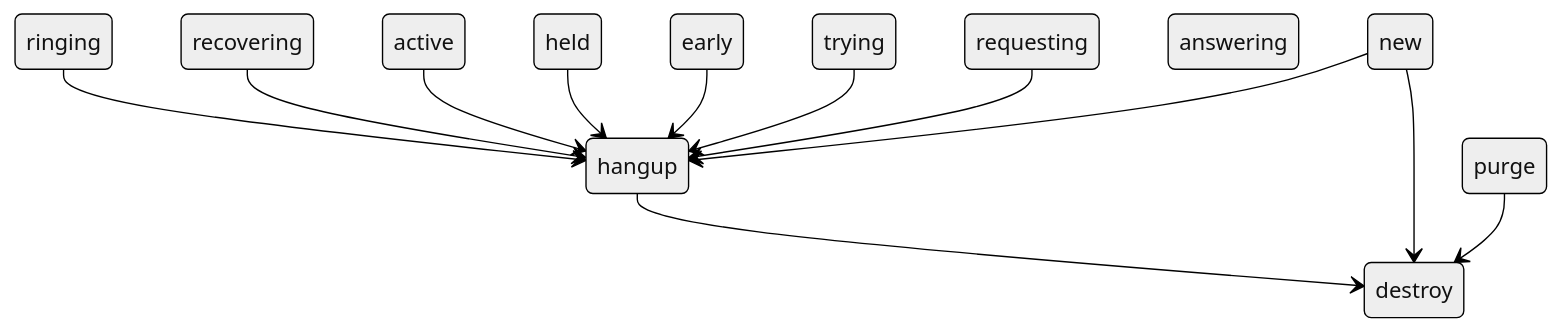
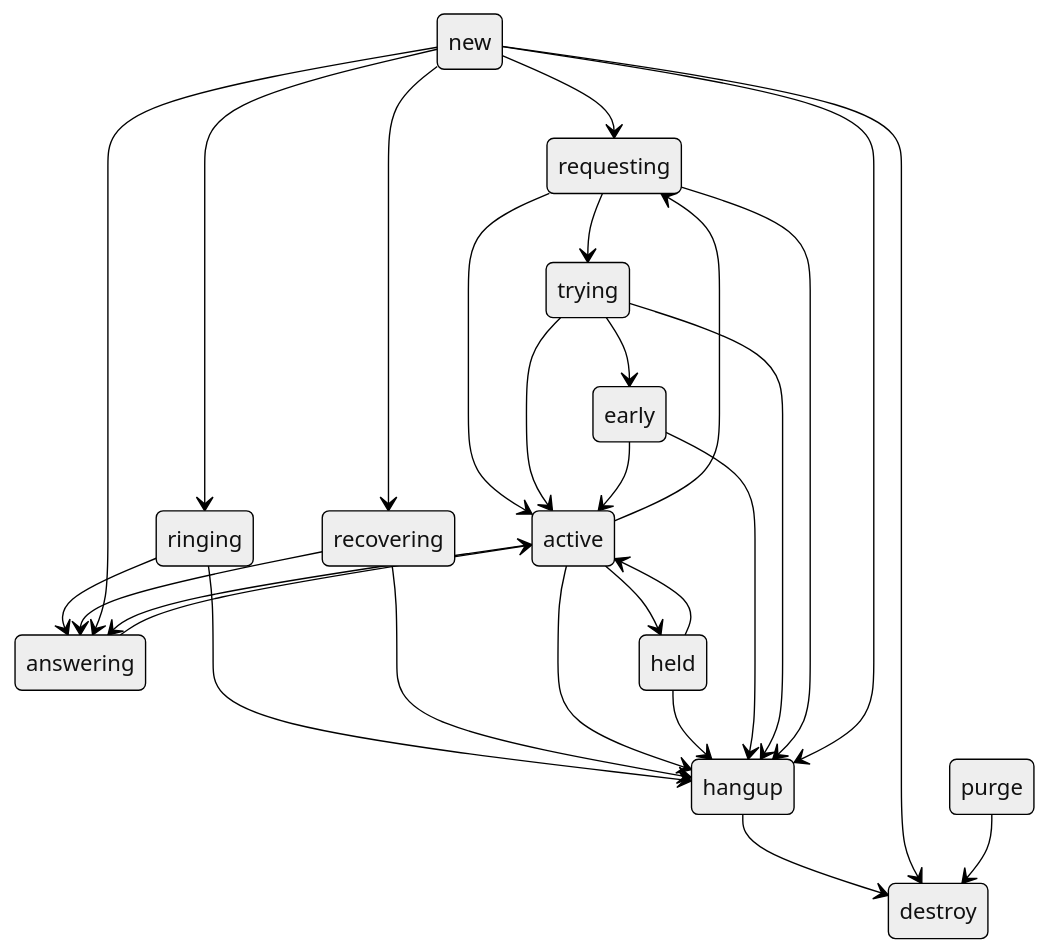
Before and after one commit to bjenning04/foam: the fourth of 4 diagrams in verto-design.md, drawn with Mermaid (neutral theme).

Commit message:
May 4, 2026, 5:31 PM

````diff
--- a/verto-design.md
+++ b/verto-design.md
@@ -318,29 +318,51 @@
 ```mermaid
 stateDiagram
     new
     purge
     requesting
     trying
     early
     ringing
     recovering
     early
     active
     answering
     held
     hangup
     destroy
 
+    active --> requesting
+    new --> requesting
+
+    requesting --> trying
+
+    new --> ringing
+    new --> recovering
+    trying --> early
+
+    answering --> active
+    requesting --> active
+    trying --> active
+    early --> active
+    held --> active
+
+    active --> held
+
+    ringing --> answering
+    recovering --> answering
+    new --> answering
+    active --> answering
+
     ringing --> hangup
     recovering --> hangup
     active --> hangup
     held --> hangup
     early --> hangup
     trying --> hangup
     requesting --> hangup
     new --> hangup
 
     hangup --> destroy
     new --> destroy
     purge --> destroy
 ```
````
